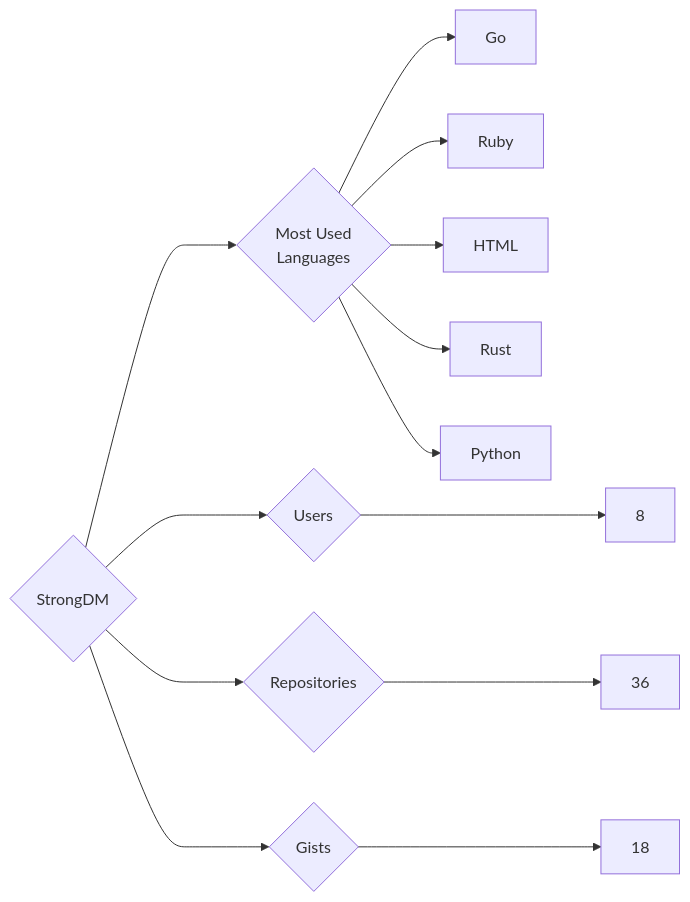
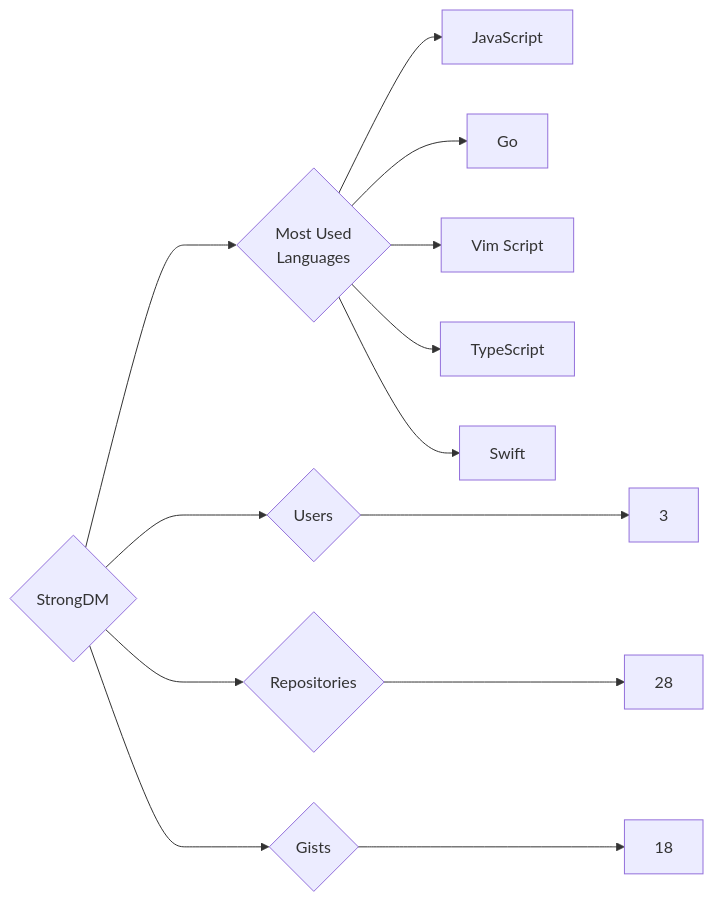
Before and after one commit to trickest/insiders: the diagram in targets/StrongDM/README.md, drawn with Mermaid. The commit also changed 695 other files, not shown here.

````diff
--- a/targets/StrongDM/README.md
+++ b/targets/StrongDM/README.md
@@ -3,13 +3,13 @@
 ```mermaid
 graph LR
 COMPANY_NAME{StrongDM}
-COMPANY_NAME ---> U{Users} ---> UN[8]
-COMPANY_NAME ---> R{Repositories} ---> RN[36]
+COMPANY_NAME ---> U{Users} ---> UN[3]
+COMPANY_NAME ---> R{Repositories} ---> RN[28]
 COMPANY_NAME ---> G{Gists} ---> GN[18]
 COMPANY_NAME ---> ML{Most Used<br>Languages}
+ML --> JavaScript[JavaScript]
 ML --> Go[Go]
-ML --> Ruby[Ruby]
-ML --> HTML[HTML]
-ML --> Rust[Rust]
-ML --> Python[Python]
+ML --> Vim_Script[Vim Script]
+ML --> TypeScript[TypeScript]
+ML --> Swift[Swift]
 ```
````
